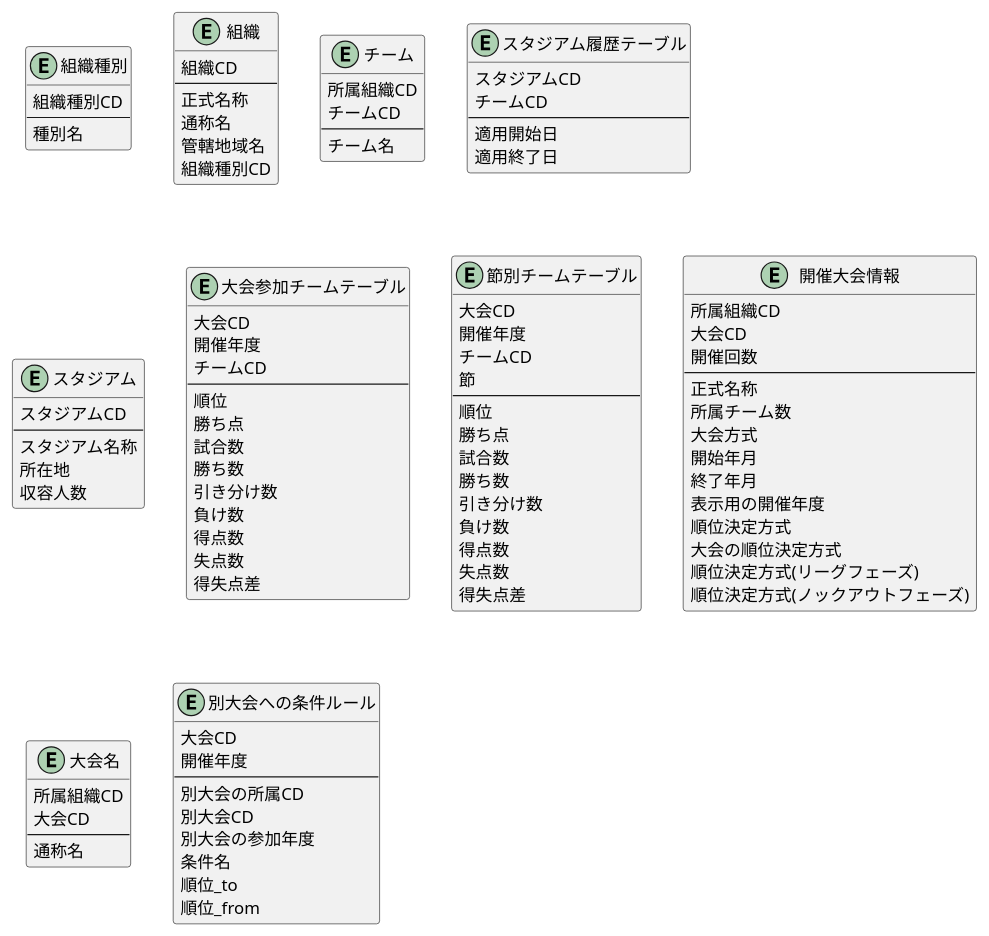
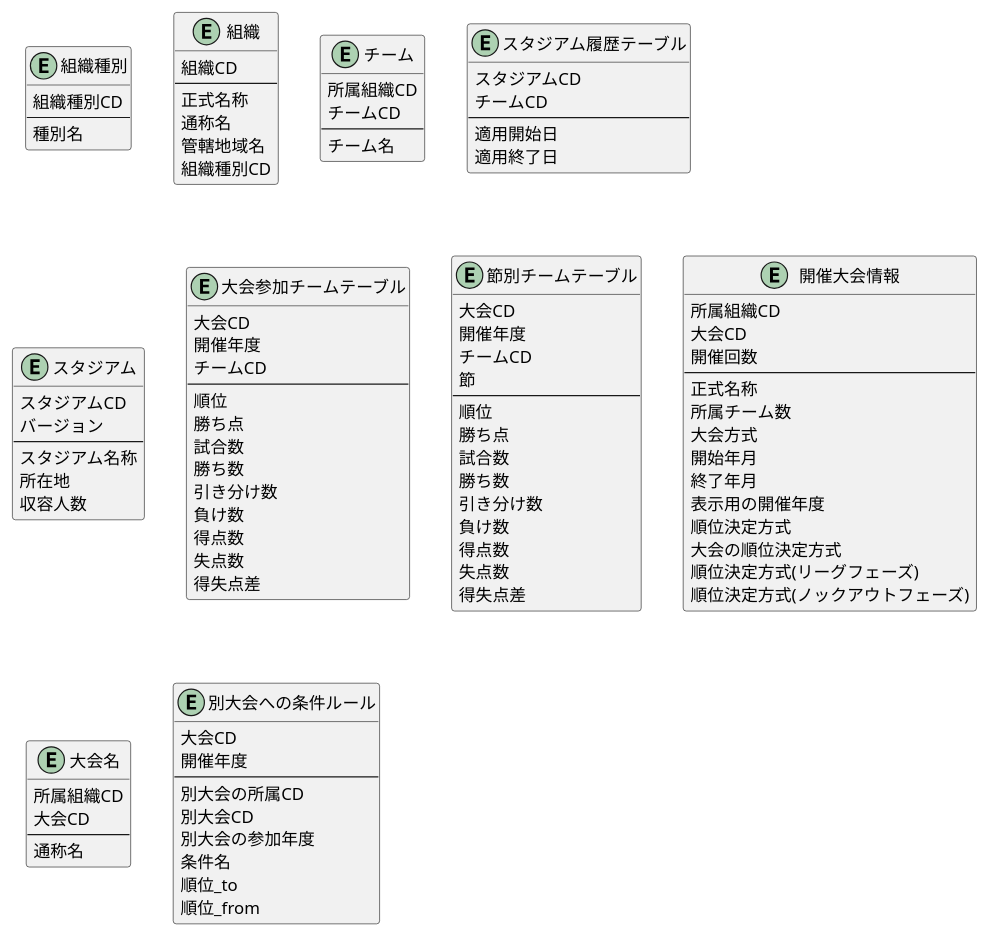
The diagram in soccker_db.puml (LCC-SYamada/SocckerDB_PlantUML), drawn with PlantUML before and after one commit.

Commit message:
スタジアムの収容人数などの変更などによるバージョン管理を設定

```diff
--- a/soccker_db.puml
+++ b/soccker_db.puml
@@ -1,110 +1,111 @@
 @startuml
 
 Entity "組織種別" as OrganizationType {
   組織種別CD
   --
   種別名
 }
 
 Entity "組織" as Organization {
   組織CD
   --
   正式名称
   通称名
   管轄地域名
   組織種別CD
 }
 
 Entity "チーム" as Team {
   所属組織CD
   チームCD
   --
   チーム名
 }
 
 Entity "スタジアム履歴テーブル" as StadiumHistory {
   スタジアムCD
   チームCD
   --
   適用開始日
   適用終了日
 }
 
 Entity "スタジアム" as Stadium {
   スタジアムCD
+  バージョン
   --
   スタジアム名称
   所在地
   収容人数
 }
 
 Entity "大会参加チームテーブル" as SeaSonTournament {
   大会CD
   開催年度
   チームCD
   --
   順位
   勝ち点
   試合数
   勝ち数
   引き分け数
   負け数
   得点数
   失点数
   得失点差  
 }
 
 Entity "節別チームテーブル" as MatchDayRank {
   大会CD
   開催年度
   チームCD
   節
   --
   順位
   勝ち点
   試合数
   勝ち数
   引き分け数
   負け数
   得点数
   失点数
   得失点差  
 }
 
 Entity "開催大会情報" as TournamentInfo {
   所属組織CD
   大会CD
   開催回数
   --
   正式名称
   所属チーム数
   大会方式
   開始年月
   終了年月
   表示用の開催年度
   順位決定方式
   大会の順位決定方式
   順位決定方式(リーグフェーズ)
   順位決定方式(ノックアウトフェーズ)
 }
 
 Entity "大会名" as Tournament {
   所属組織CD
   大会CD
   --
   通称名
 }
 
 Entity "別大会への条件ルール" as TournamentDetail {
   大会CD
   開催年度
   --
   別大会の所属CD
   別大会CD
   別大会の参加年度
   条件名
   順位_to
   順位_from
 }
 
 @enduml
```
